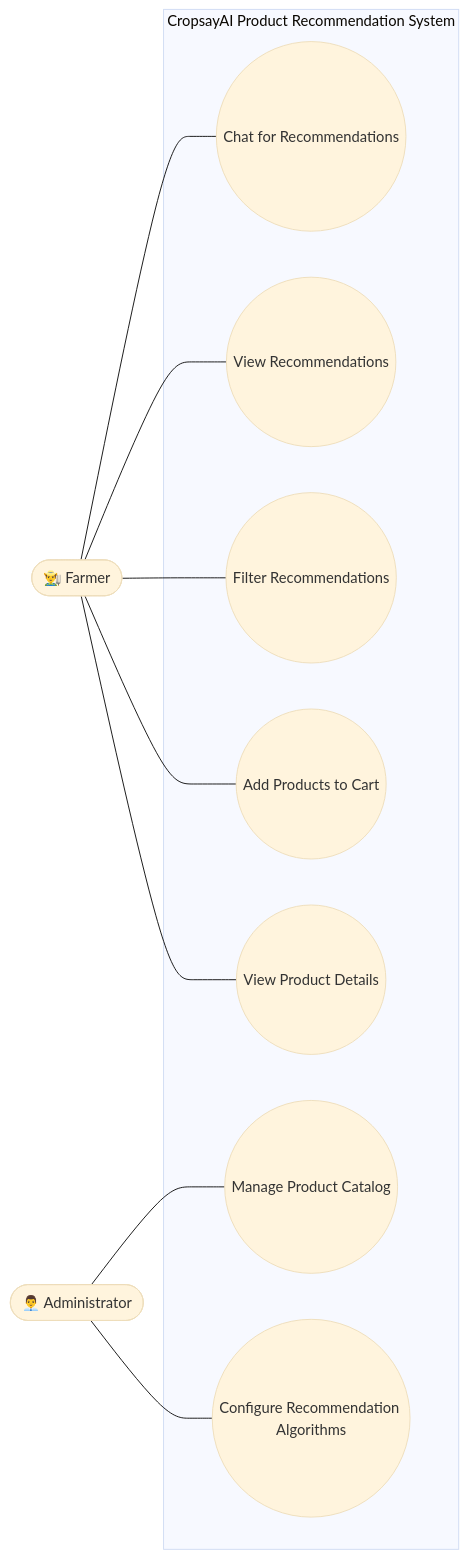
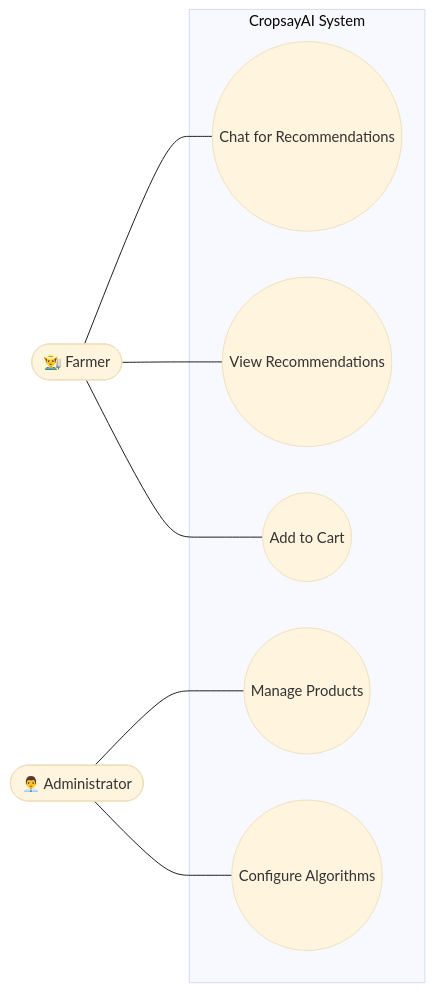
The first of 7 diagrams in documentation/digram.md (Gauravkrsah/Cropsay), drawn with Mermaid (base theme) before and after one commit. The commit also changed other lines of this file, not shown here.

Commit message:
Simplify and clean up system diagrams for better visualization

````diff
--- a/documentation/digram.md
+++ b/documentation/digram.md
@@ -7,27 +7,23 @@
 ```mermaid
 graph LR
     %% Actors
     Farmer([👨‍🌾 Farmer])
     Admin([👨‍💼 Administrator])
     
     %% Use Cases in the middle
-    subgraph CropsayAI Product Recommendation System
+    subgraph CropsayAI System
         UC1((Chat for Recommendations))
         UC2((View Recommendations))
-        UC3((Filter Recommendations))
-        UC4((Add Products to Cart))
-        UC5((View Product Details))
-        UC6((Manage Product Catalog))
-        UC7((Configure Recommendation Algorithms))
+        UC3((Add to Cart))
+        UC4((Manage Products))
+        UC5((Configure Algorithms))
     end
     
     %% Relationships with straight lines
     Farmer --- UC1
     Farmer --- UC2
     Farmer --- UC3
-    Farmer --- UC4
-    Farmer --- UC5
     
-    Admin --- UC6
-    Admin --- UC7
+    Admin --- UC4
+    Admin --- UC5
 ```
````
